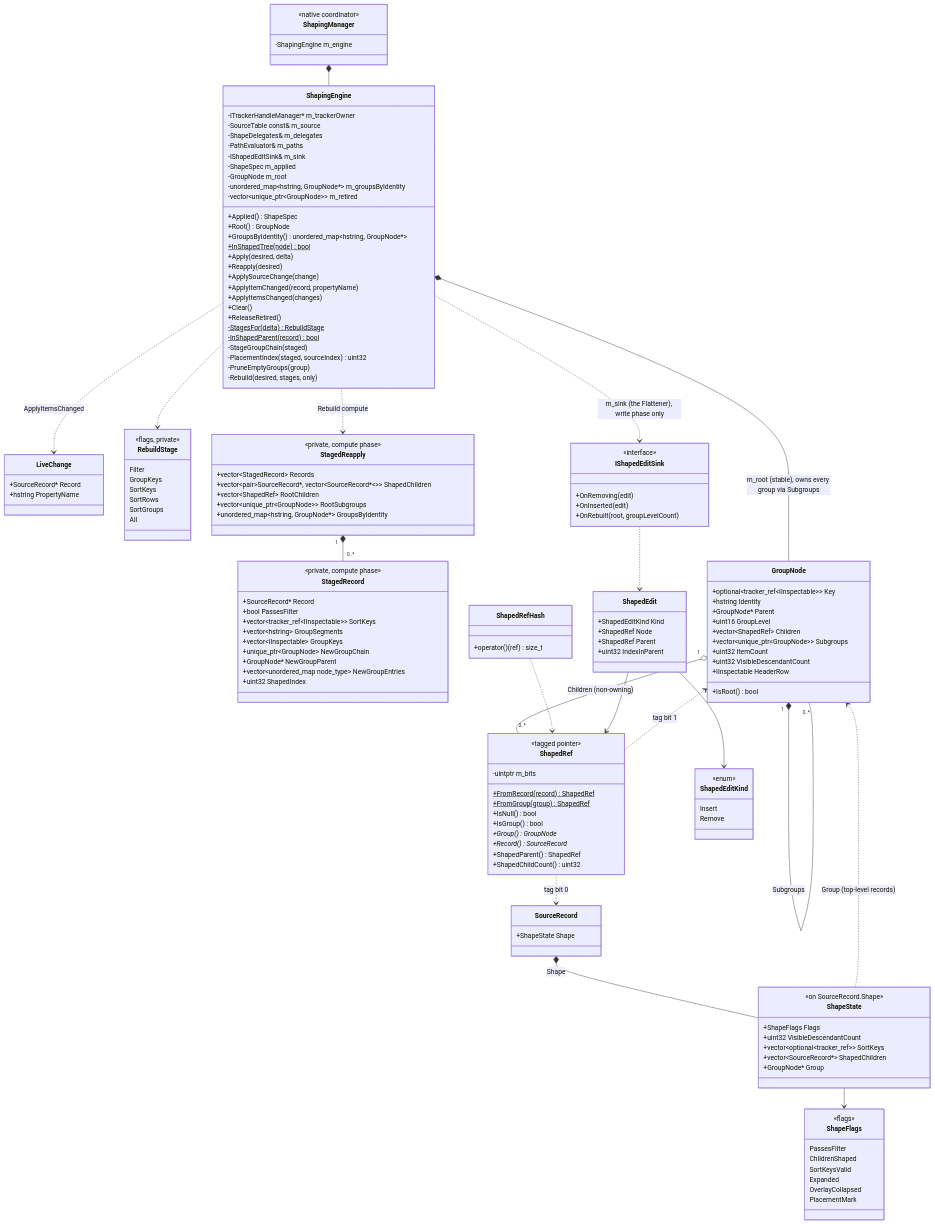
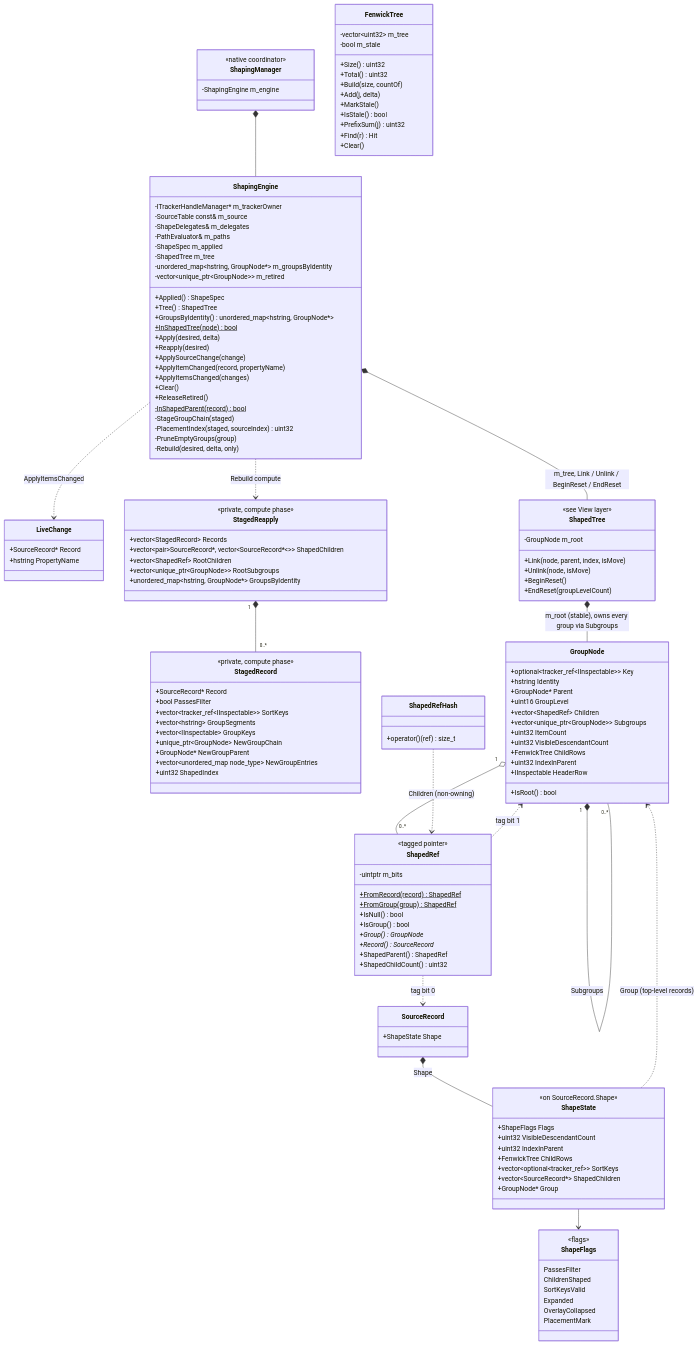
One commit to microsoft/microsoft-ui-xaml changed the third of 4 diagrams in docs/design-notes/TabularControls/Shaping-Architecture-Redesign.md. Above: the diagram before and after it, drawn with Mermaid. The commit also changed other lines of this file and 18 other files, not shown here.

First line of the commit message:
TableViewSource2: replace Flattener with ShapedTree, merge RebuildStage into ShapeDelta

````diff
--- a/docs/design-notes/TabularControls/Shaping-Architecture-Redesign.md
+++ b/docs/design-notes/TabularControls/Shaping-Architecture-Redesign.md
@@ -584,13 +581,12 @@
         -SourceTable const& m_source
         -ShapeDelegates& m_delegates
         -PathEvaluator& m_paths
-        -IShapedEditSink& m_sink
         -ShapeSpec m_applied
-        -GroupNode m_root
+        -ShapedTree m_tree
         -unordered_map~hstring, GroupNode*~ m_groupsByIdentity
         -vector~unique_ptr~GroupNode~~ m_retired
         +Applied() ShapeSpec
-        +Root() GroupNode
+        +Tree() ShapedTree
         +GroupsByIdentity() unordered_map~hstring, GroupNode*~
         +InShapedTree(node)$ bool
         +Apply(desired, delta)
@@ -600,27 +596,16 @@
         +ApplyItemsChanged(changes)
         +Clear()
         +ReleaseRetired()
-        -StagesFor(delta)$ RebuildStage
         -InShapedParent(record)$ bool
         -StageGroupChain(staged)
         -PlacementIndex(staged, sourceIndex) uint32
         -PruneEmptyGroups(group)
-        -Rebuild(desired, stages, only)
+        -Rebuild(desired, delta, only)
     }
 
     class LiveChange {
         +SourceRecord* Record
         +hstring PropertyName
-    }
-
-    class RebuildStage {
-        <<flags, private>>
-        Filter
-        GroupKeys
-        SortKeys
-        SortRows
-        SortGroups
-        All
     }
 
     class StagedRecord {
@@ -671,14 +656,32 @@
         +vector~unique_ptr~GroupNode~~ Subgroups
         +uint32 ItemCount
         +uint32 VisibleDescendantCount
+        +FenwickTree ChildRows
+        +uint32 IndexInParent
         +IInspectable HeaderRow
         +IsRoot() bool
+    }
+
+    class FenwickTree {
+        -vector~uint32~ m_tree
+        -bool m_stale
+        +Size() uint32
+        +Total() uint32
+        +Build(size, countOf)
+        +Add(j, delta)
+        +MarkStale()
+        +IsStale() bool
+        +PrefixSum(j) uint32
+        +Find(r) Hit
+        +Clear()
     }
 
     class ShapeState {
         <<on SourceRecord.Shape>>
         +ShapeFlags Flags
         +uint32 VisibleDescendantCount
+        +uint32 IndexInParent
+        +FenwickTree ChildRows
         +vector~optional~tracker_ref~~ SortKeys
         +vector~SourceRecord*~ ShapedChildren
         +GroupNode* Group
@@ -694,24 +697,13 @@
         PlacementMark
     }
 
-    class ShapedEdit {
-        +ShapedEditKind Kind
-        +ShapedRef Node
-        +ShapedRef Parent
-        +uint32 IndexInParent
-    }
-
-    class ShapedEditKind {
-        <<enum>>
-        Insert
-        Remove
-    }
-
-    class IShapedEditSink {
-        <<interface>>
-        +OnRemoving(edit)
-        +OnInserted(edit)
-        +OnRebuilt(root, groupLevelCount)
+    class ShapedTree {
+        <<see View layer>>
+        -GroupNode m_root
+        +Link(node, parent, index, isMove)
+        +Unlink(node, isMove)
+        +BeginReset()
+        +EndReset(groupLevelCount)
     }
 
     class SourceRecord {
@@ -719,10 +711,9 @@
     }
 
     ShapingManager *-- ShapingEngine
-    ShapingEngine *-- GroupNode : m_root (stable), owns every group via Subgroups
-    ShapingEngine ..> IShapedEditSink : m_sink (the Flattener), write phase only
+    ShapingEngine *-- ShapedTree : m_tree, Link / Unlink / BeginReset / EndReset
+    ShapedTree *-- GroupNode : m_root (stable), owns every group via Subgroups
     ShapingEngine ..> LiveChange : ApplyItemsChanged
-    ShapingEngine ..> RebuildStage
     ShapingEngine ..> StagedReapply : Rebuild compute
     StagedReapply "1" *-- "0..*" StagedRecord
     GroupNode "1" *-- "0..*" GroupNode : Subgroups
@@ -733,7 +724,4 @@
     SourceRecord *-- ShapeState : Shape
     ShapeState --> ShapeFlags
     ShapeState ..> GroupNode : Group (top-level records)
-    IShapedEditSink ..> ShapedEdit
-    ShapedEdit --> ShapedEditKind
-    ShapedEdit --> ShapedRef
 ```
````
